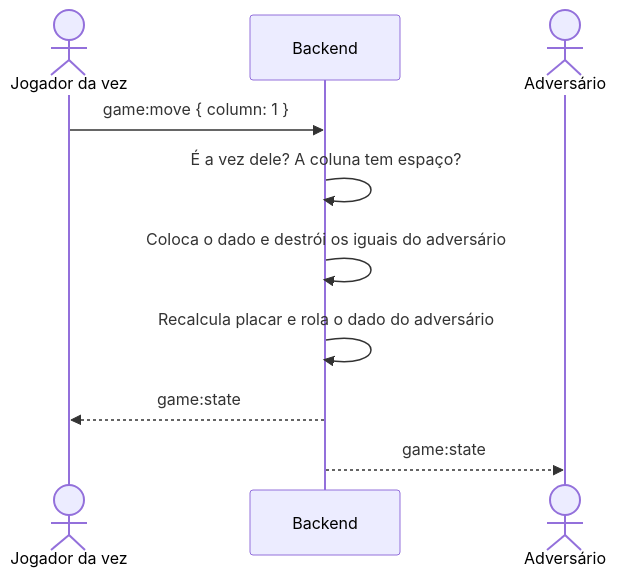
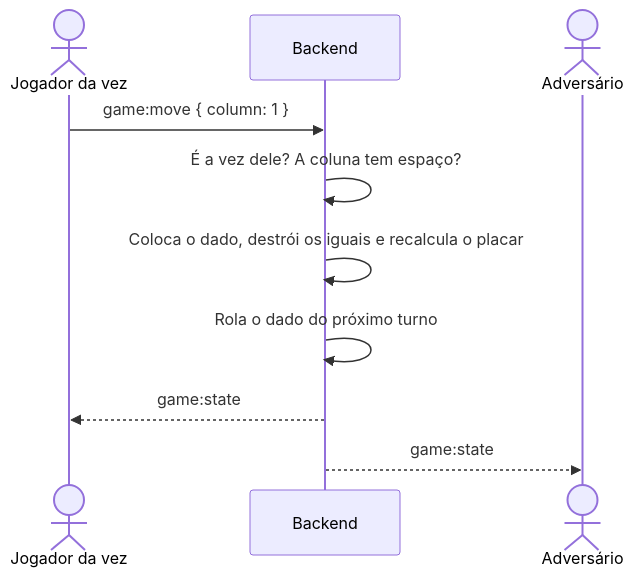
The fourth of 4 diagrams in docs/README.md (claclarinete/Knucklebones), drawn with Mermaid before and after one commit. The commit also changed other lines of this file, not shown here.

````diff
--- a/docs/README.md
+++ b/docs/README.md
@@ -205,13 +158,13 @@
 ```mermaid
 sequenceDiagram
     actor A as Jogador da vez
     participant B as Backend
     actor C as Adversário
 
     A->>B: game:move { column: 1 }
     B->>B: É a vez dele? A coluna tem espaço?
-    B->>B: Coloca o dado e destrói os iguais do adversário
-    B->>B: Recalcula placar e rola o dado do adversário
+    B->>B: Coloca o dado, destrói os iguais e recalcula o placar
+    B->>B: Rola o dado do próximo turno
     B-->>A: game:state
     B-->>C: game:state
 ```
````
